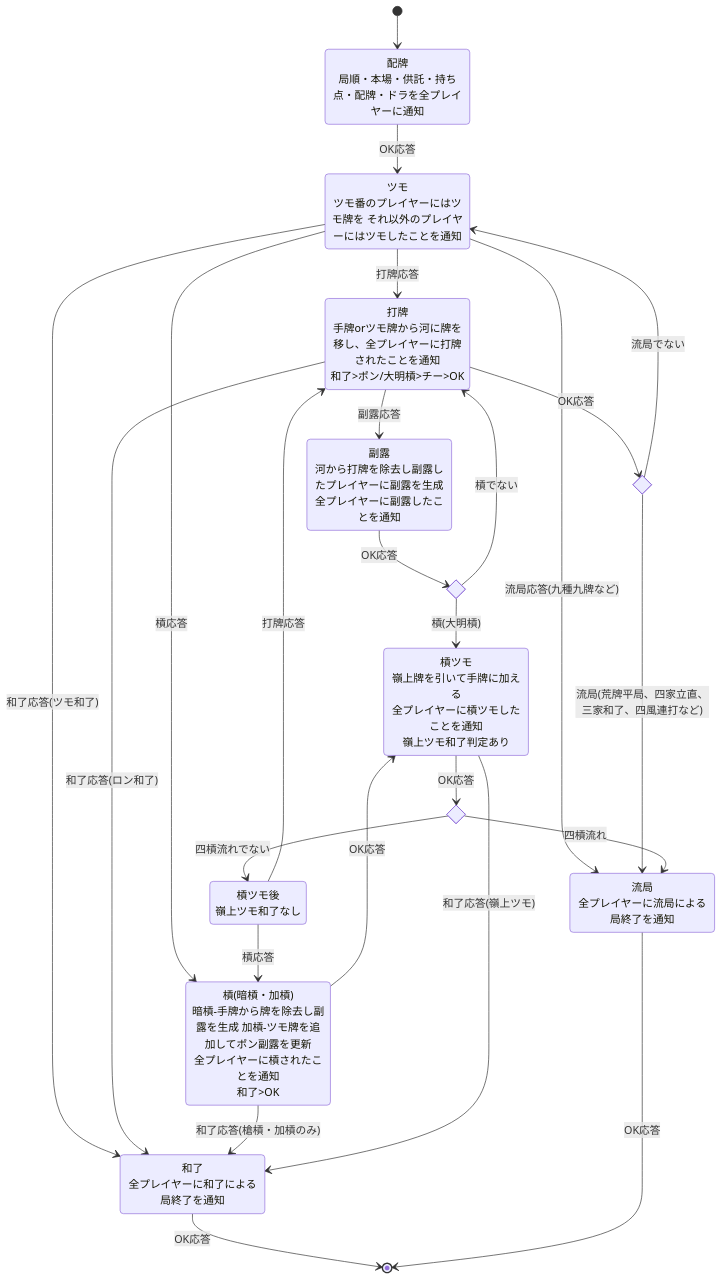
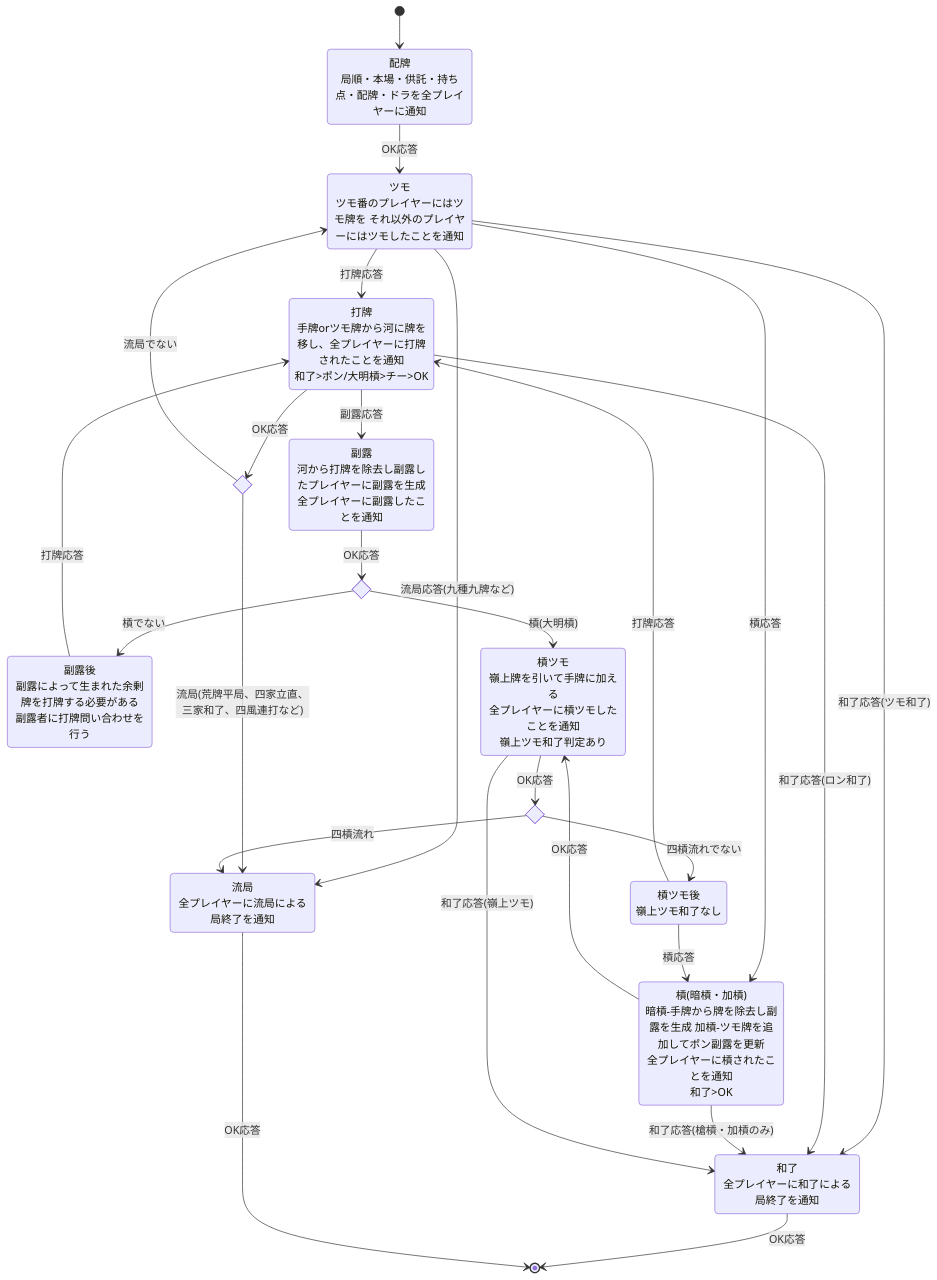
One commit to huurou/Mahjong4 changed the second of 2 diagrams in docs/Design.md. Above: the diagram before and after it, drawn with Mermaid. The commit also changed 103 other files, not shown here.

````diff
--- a/docs/Design.md
+++ b/docs/Design.md
@@ -69,40 +69,42 @@
 ```mermaid
 stateDiagram-v2
     Haipai: 配牌<br>局順・本場・供託・持ち点・配牌・ドラを全プレイヤーに通知
     Tsumo: ツモ<br>ツモ番のプレイヤーにはツモ牌を それ以外のプレイヤーにはツモしたことを通知
     Dahai: 打牌<br>手牌orツモ牌から河に牌を移し、全プレイヤーに打牌されたことを通知<br>和了>ポン/大明槓>チー>OK
     state ChoiceDahai <<choice>>
     Call: 副露<br>河から打牌を除去し副露したプレイヤーに副露を生成<br>全プレイヤーに副露したことを通知
     state ChoiceCall <<choice>>
+    AfterCall: 副露後<br>副露によって生まれた余剰牌を打牌する必要がある<br>副露者に打牌問い合わせを行う
     Kan: 槓(暗槓・加槓)<br>暗槓-手牌から牌を除去し副露を生成 加槓-ツモ牌を追加してポン副露を更新<br>全プレイヤーに槓されたことを通知<br>和了>OK
     KanTsumo: 槓ツモ<br>嶺上牌を引いて手牌に加える<br>全プレイヤーに槓ツモしたことを通知<br>嶺上ツモ和了判定あり
     AfterKanTsumo: 槓ツモ後<br>嶺上ツモ和了なし
     state ChoiceKanTsumo <<choice>>
     Win: 和了<br>全プレイヤーに和了による局終了を通知
     Ryuukyoku: 流局<br>全プレイヤーに流局による局終了を通知
 
     [*] --> Haipai
     Haipai --> Tsumo: OK応答
     Tsumo --> Dahai: 打牌応答
     Tsumo --> Kan: 槓応答
     Tsumo --> Win: 和了応答(ツモ和了)
     Tsumo --> Ryuukyoku: 流局応答(九種九牌など)
     Dahai --> Call: 副露応答
     Dahai --> Win: 和了応答(ロン和了)
     Dahai --> ChoiceDahai: OK応答
     ChoiceDahai --> Tsumo: 流局でない
     ChoiceDahai --> Ryuukyoku: 流局(荒牌平局、四家立直、三家和了、四風連打など)
     Call --> ChoiceCall: OK応答
-    ChoiceCall --> Dahai: 槓でない
+    ChoiceCall --> AfterCall: 槓でない
     ChoiceCall --> KanTsumo: 槓(大明槓)
+    AfterCall --> Dahai: 打牌応答
     Kan --> KanTsumo: OK応答
     Kan --> Win: 和了応答(槍槓・加槓のみ)
     KanTsumo --> ChoiceKanTsumo: OK応答
     KanTsumo --> Win: 和了応答(嶺上ツモ)
     ChoiceKanTsumo --> Ryuukyoku: 四槓流れ
     ChoiceKanTsumo --> AfterKanTsumo: 四槓流れでない
     AfterKanTsumo --> Kan: 槓応答
     AfterKanTsumo --> Dahai: 打牌応答
     Win --> [*]: OK応答
     Ryuukyoku --> [*]: OK応答
 ```
````
